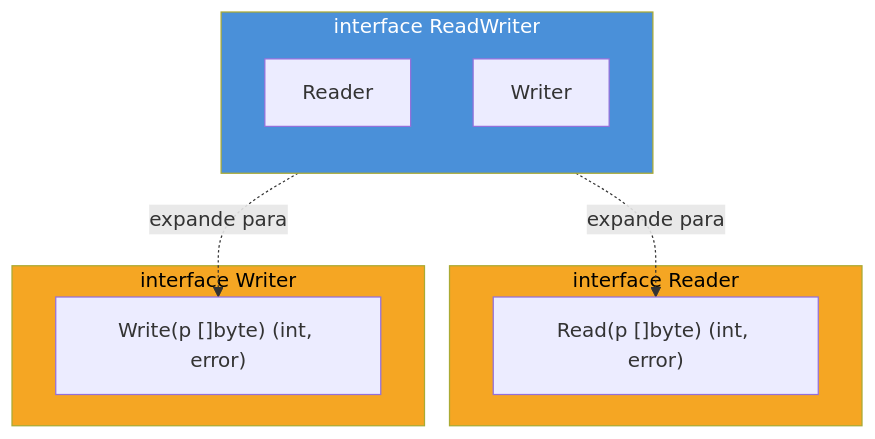
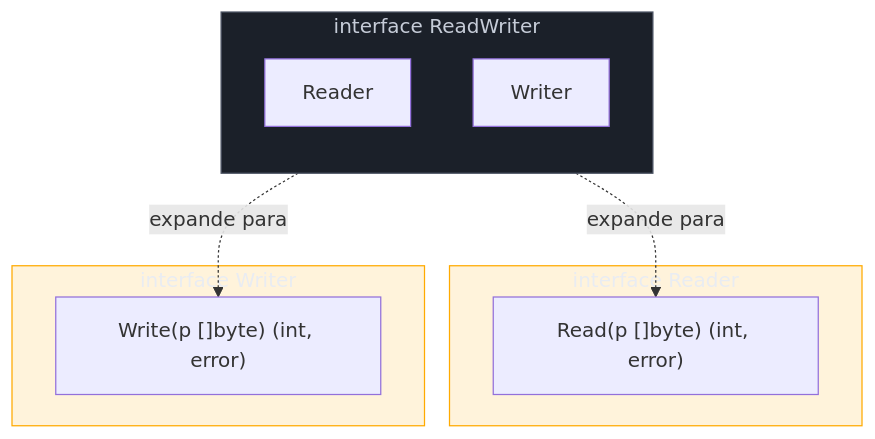
Before and after one commit to josenaldo/codex-technomanticus: the first of 2 diagrams in 03-Dominios/Tecnologia/Go/03 - Interfaces e composição/06 - Interface embedding.md, drawn with Mermaid. The commit also changed other lines of this file and 1181 other files, not shown here.

First line of the commit message:
fix(diagramas): paleta do sistema no lugar de cor cravada no markdown

````diff
--- a/03-Dominios/Tecnologia/Go/03 - Interfaces e composição/06 - Interface embedding.md
+++ b/03-Dominios/Tecnologia/Go/03 - Interfaces e composição/06 - Interface embedding.md
@@ -57,18 +57,20 @@
 ```mermaid
 flowchart TB
+    classDef neutro fill:#1B2029,stroke:#4E5666,color:#C6CCD8
+    classDef destaque fill:#FFAA0024,stroke:#FFAA00,color:#E9ECF2
     subgraph Reader["interface Reader"]
         R["Read(p []byte) (int, error)"]
     end
     subgraph Writer["interface Writer"]
         W["Write(p []byte) (int, error)"]
     end
     subgraph ReadWriter["interface ReadWriter"]
         direction TB
         RW1["Reader"] -.expande para.-> R
         RW2["Writer"] -.expande para.-> W
     end
 
-    style ReadWriter fill:#4A90D9,color:#fff
-    style Reader fill:#F5A623,color:#000
-    style Writer fill:#F5A623,color:#000
+    class ReadWriter neutro
+    class Reader destaque
+    class Writer destaque
 ```
````
